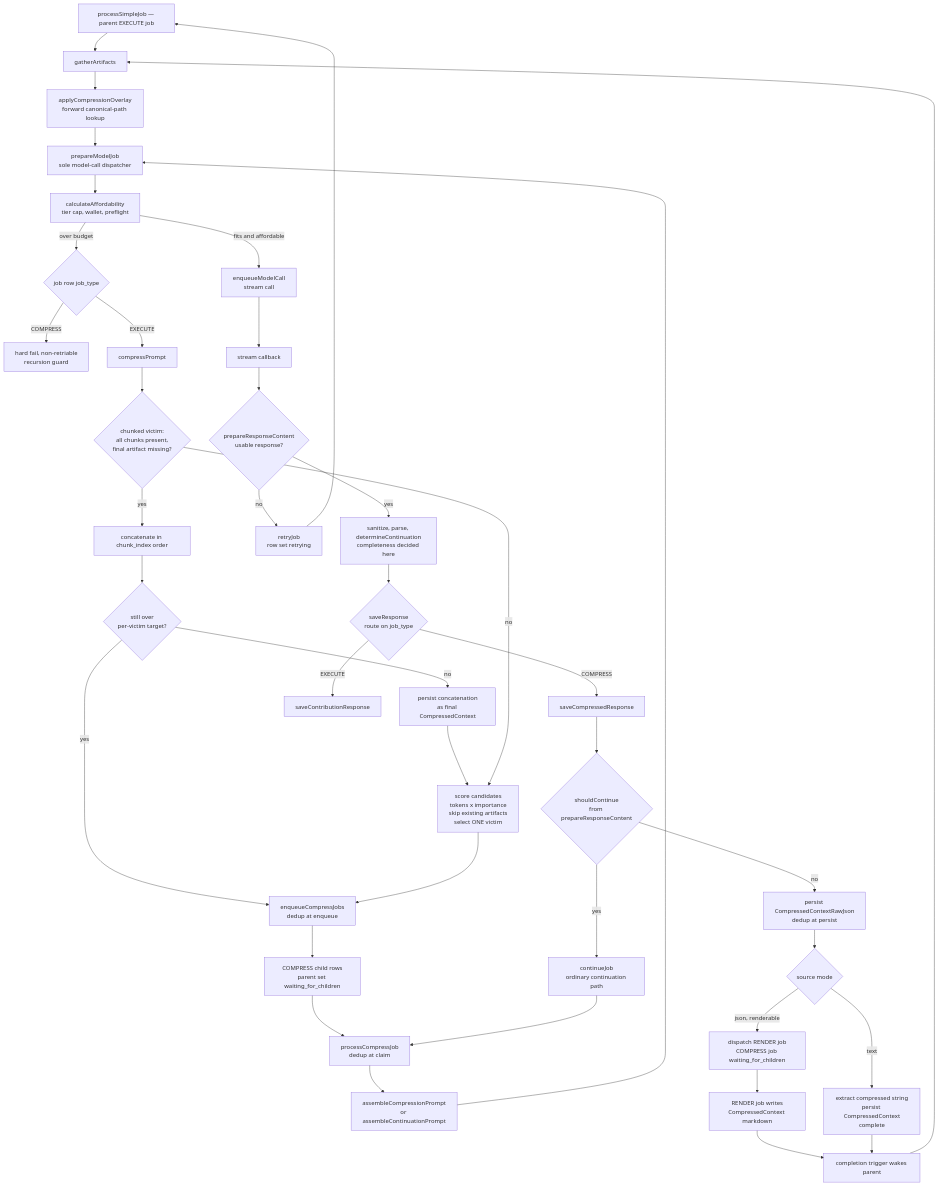
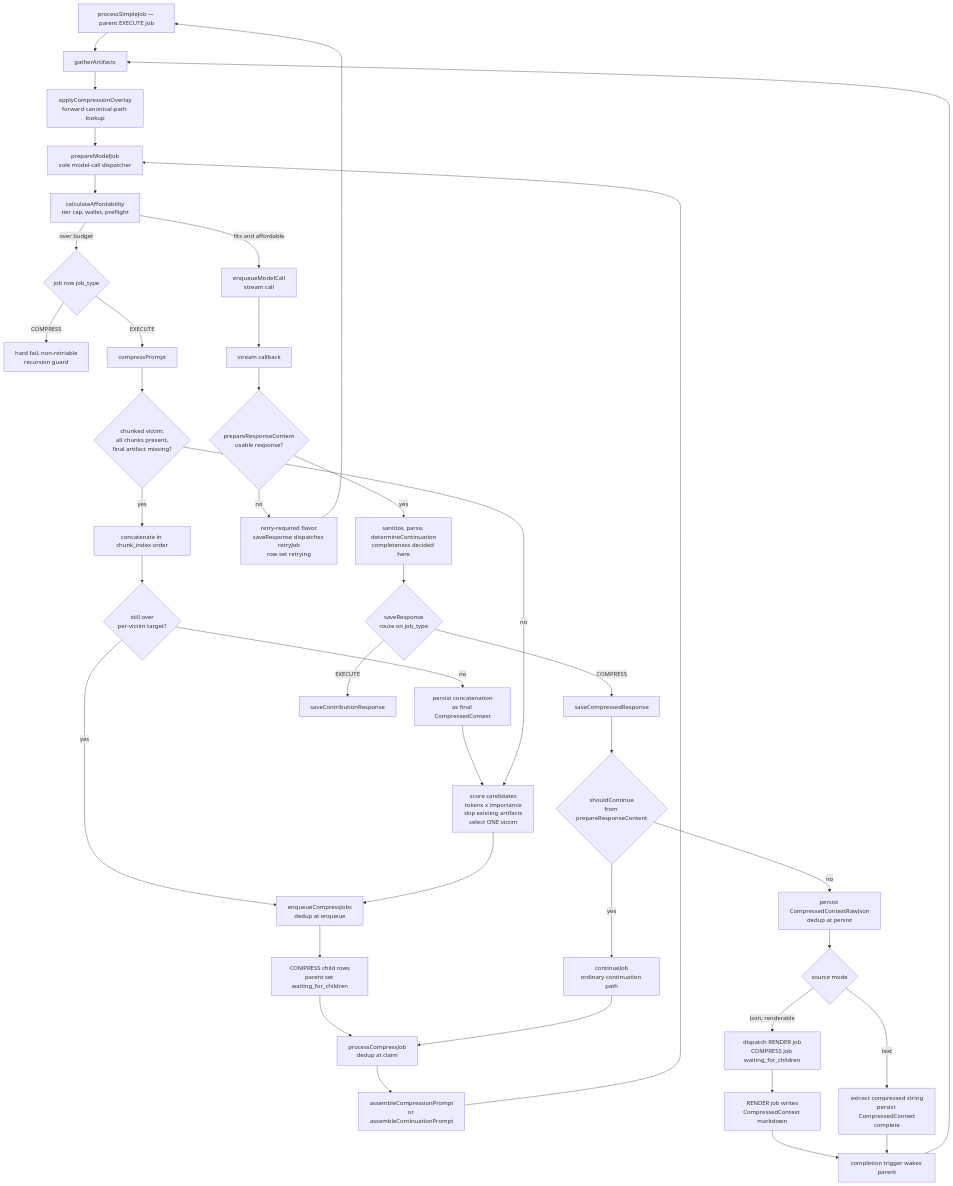
The diagram in docs/implementations/Current/Checklists/Current/Compression Jobs Scope.md (tsylvester/paynless-framework), drawn with Mermaid before and after one commit. The commit also changed other lines of this file and 69 other files, not shown here.

````diff
--- a/docs/implementations/Current/Checklists/Current/Compression Jobs Scope.md
+++ b/docs/implementations/Current/Checklists/Current/Compression Jobs Scope.md
@@ -5,42 +5,42 @@
 ```mermaid
 flowchart TD
     A["processSimpleJob — parent EXECUTE job"] --> B["gatherArtifacts"]
     B --> C["applyCompressionOverlay<br/>forward canonical-path lookup"]
     C --> D["prepareModelJob<br/>sole model-call dispatcher"]
     D --> E["calculateAffordability<br/>tier cap, wallet, preflight"]
     E -->|fits and affordable| F["enqueueModelCall<br/>stream call"]
     E -->|over budget| G{"job row job_type"}
     G -->|COMPRESS| H["hard fail, non-retriable<br/>recursion guard"]
     G -->|EXECUTE| I["compressPrompt"]
     I --> J{"chunked victim:<br/>all chunks present,<br/>final artifact missing?"}
     J -->|yes| K["concatenate in chunk_index order"]
     K --> L{"still over<br/>per-victim target?"}
     L -->|no| M["persist concatenation<br/>as final CompressedContext"]
     M --> N
     L -->|yes| O
     J -->|no| N["score candidates<br/>tokens x importance<br/>skip existing artifacts<br/>select ONE victim"]
     N --> O["enqueueCompressJobs<br/>dedup at enqueue"]
     O --> P["COMPRESS child rows<br/>parent set waiting_for_children"]
     P --> Q["processCompressJob<br/>dedup at claim"]
     Q --> R["assembleCompressionPrompt<br/>or assembleContinuationPrompt"]
     R --> D
     F --> S["stream callback"]
     S --> AE{"prepareResponseContent<br/>usable response?"}
-    AE -->|no| AF["retryJob<br/>row set retrying"]
+    AE -->|no| AF["retry-required flavor<br/>saveResponse dispatches retryJob<br/>row set retrying"]
     AF --> A
     AE -->|yes| AG["sanitize, parse, determineContinuation<br/>completeness decided here"]
     AG --> T{"saveResponse<br/>route on job_type"}
     T -->|EXECUTE| U["saveContributionResponse"]
     T -->|COMPRESS| V["saveCompressedResponse"]
     V --> W{"shouldContinue<br/>from prepareResponseContent"}
     W -->|yes| X["continueJob<br/>ordinary continuation path"]
     X --> Q
     W -->|no| Y["persist CompressedContextRawJson<br/>dedup at persist"]
     Y --> Z{"source mode"}
     Z -->|json, renderable| AA["dispatch RENDER job<br/>COMPRESS job waiting_for_children"]
     Z -->|text| AB["extract compressed string<br/>persist CompressedContext<br/>complete"]
     AA --> AC["RENDER job writes<br/>CompressedContext markdown"]
     AC --> AD["completion trigger wakes parent"]
     AB --> AD
     AD --> B
 ```
````
